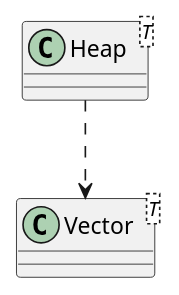
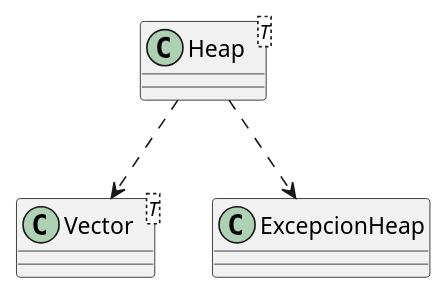
Before and after one commit to Tastor2k2/AYED-tpg-2c2024-compilados: the diagram in UML/Heap.puml, drawn with PlantUML. The commit also changed 10 other files, not shown here.

Commit message:
Agregue un par de UML de las clases que faltaban

```diff
--- a/UML/Heap.puml
+++ b/UML/Heap.puml
@@ -1,10 +1,14 @@
 @startuml
 
 class Heap<T> {
 }
 
 class Vector<T> {
 }
 
+class ExcepcionHeap {
+}
+
 Heap ..> Vector
+Heap ..> ExcepcionHeap
 @enduml
```
